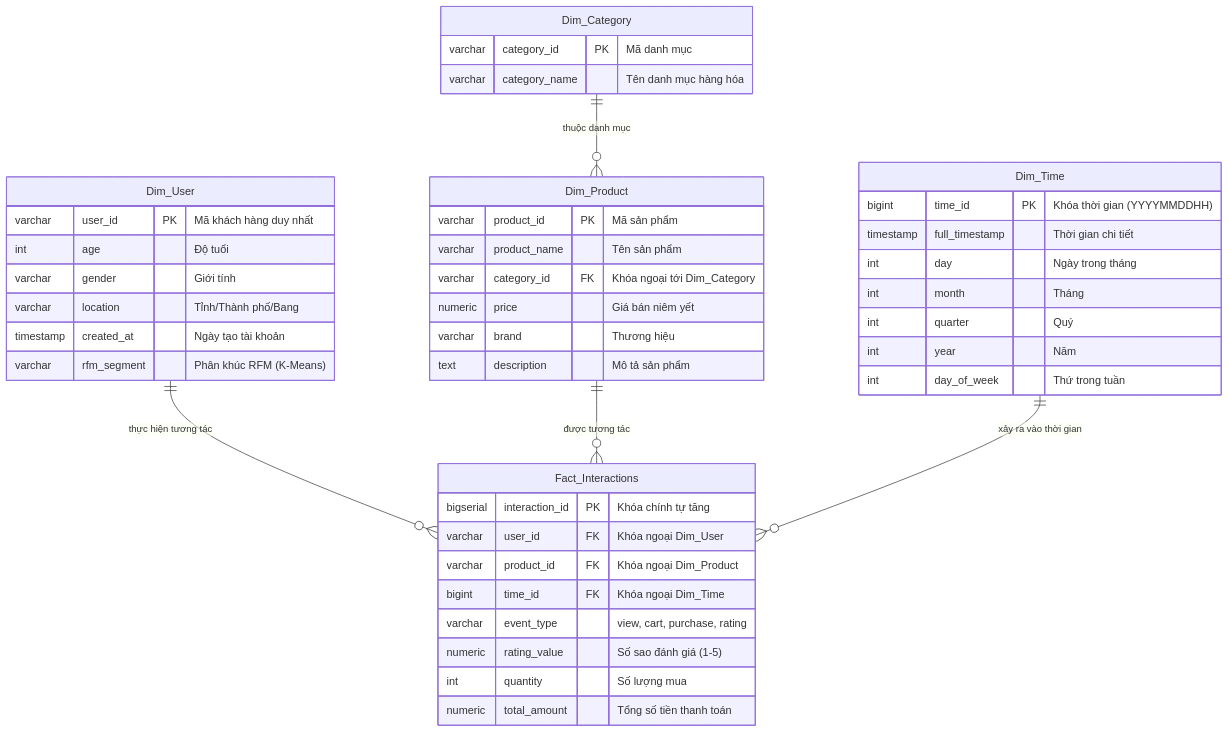
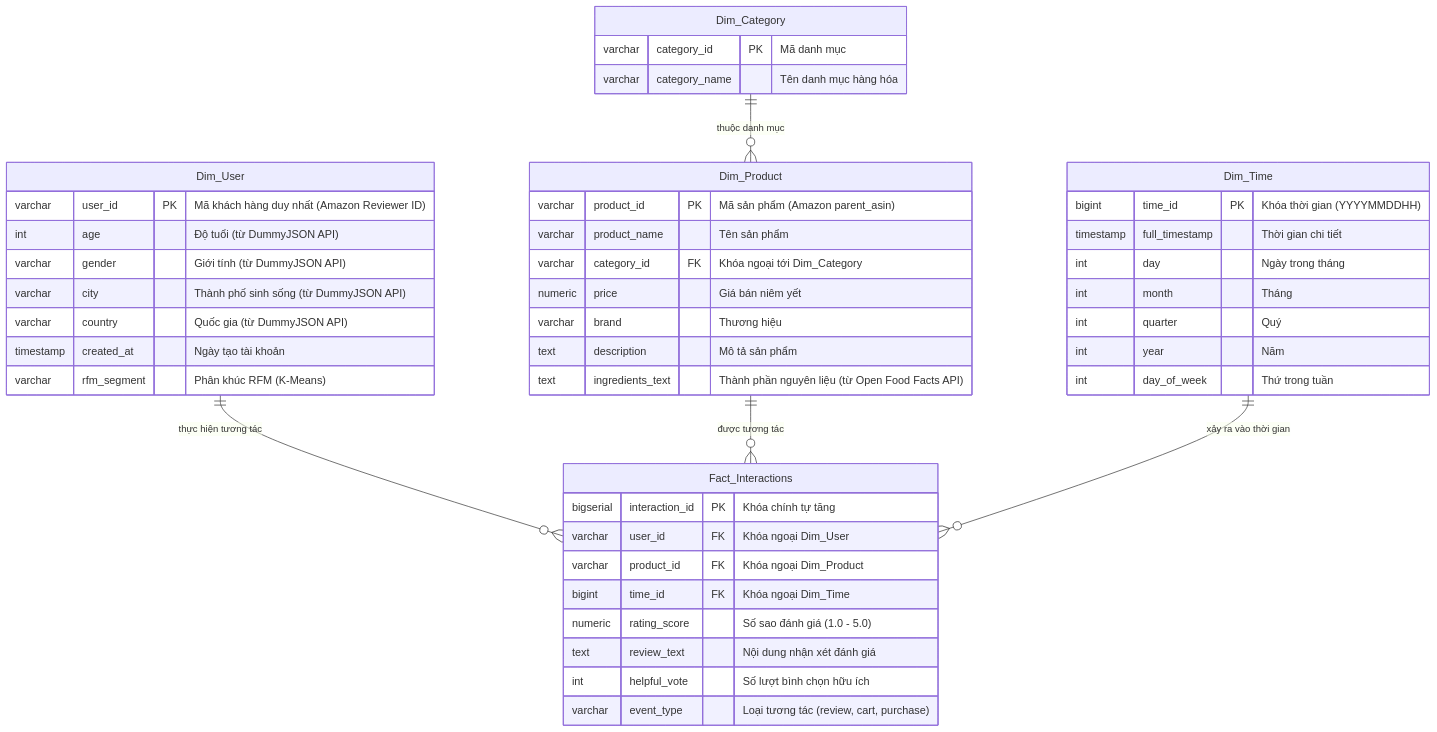
Before and after one commit to TRANQUANGMINH3011/DataMining-Project: the second of 2 diagrams in README.md, drawn with Mermaid. The commit also changed other lines of this file and 55 other files, not shown here.

````diff
--- a/README.md
+++ b/README.md
@@ -82,51 +81,53 @@
 ```mermaid
 erDiagram
     Dim_Category ||--o{ Dim_Product : "thuộc danh mục"
     Dim_User ||--o{ Fact_Interactions : "thực hiện tương tác"
     Dim_Product ||--o{ Fact_Interactions : "được tương tác"
     Dim_Time ||--o{ Fact_Interactions : "xảy ra vào thời gian"
 
     Dim_Category {
         varchar category_id PK "Mã danh mục"
         varchar category_name "Tên danh mục hàng hóa"
     }
 
     Dim_User {
-        varchar user_id PK "Mã khách hàng duy nhất"
-        int age "Độ tuổi"
-        varchar gender "Giới tính"
-        varchar location "Tỉnh/Thành phố/Bang"
+        varchar user_id PK "Mã khách hàng duy nhất (Amazon Reviewer ID)"
+        int age "Độ tuổi (từ DummyJSON API)"
+        varchar gender "Giới tính (từ DummyJSON API)"
+        varchar city "Thành phố sinh sống (từ DummyJSON API)"
+        varchar country "Quốc gia (từ DummyJSON API)"
         timestamp created_at "Ngày tạo tài khoản"
         varchar rfm_segment "Phân khúc RFM (K-Means)"
     }
 
     Dim_Product {
-        varchar product_id PK "Mã sản phẩm"
+        varchar product_id PK "Mã sản phẩm (Amazon parent_asin)"
         varchar product_name "Tên sản phẩm"
         varchar category_id FK "Khóa ngoại tới Dim_Category"
         numeric price "Giá bán niêm yết"
         varchar brand "Thương hiệu"
         text description "Mô tả sản phẩm"
+        text ingredients_text "Thành phần nguyên liệu (từ Open Food Facts API)"
     }
 
     Dim_Time {
         bigint time_id PK "Khóa thời gian (YYYYMMDDHH)"
         timestamp full_timestamp "Thời gian chi tiết"
         int day "Ngày trong tháng"
         int month "Tháng"
         int quarter "Quý"
         int year "Năm"
         int day_of_week "Thứ trong tuần"
     }
 
     Fact_Interactions {
         bigserial interaction_id PK "Khóa chính tự tăng"
         varchar user_id FK "Khóa ngoại Dim_User"
         varchar product_id FK "Khóa ngoại Dim_Product"
         bigint time_id FK "Khóa ngoại Dim_Time"
-        varchar event_type "view, cart, purchase, rating"
-        numeric rating_value "Số sao đánh giá (1-5)"
-        int quantity "Số lượng mua"
-        numeric total_amount "Tổng số tiền thanh toán"
+        numeric rating_score "Số sao đánh giá (1.0 - 5.0)"
+        text review_text "Nội dung nhận xét đánh giá"
+        int helpful_vote "Số lượt bình chọn hữu ích"
+        varchar event_type "Loại tương tác (review, cart, purchase)"
     }
 ```
````
